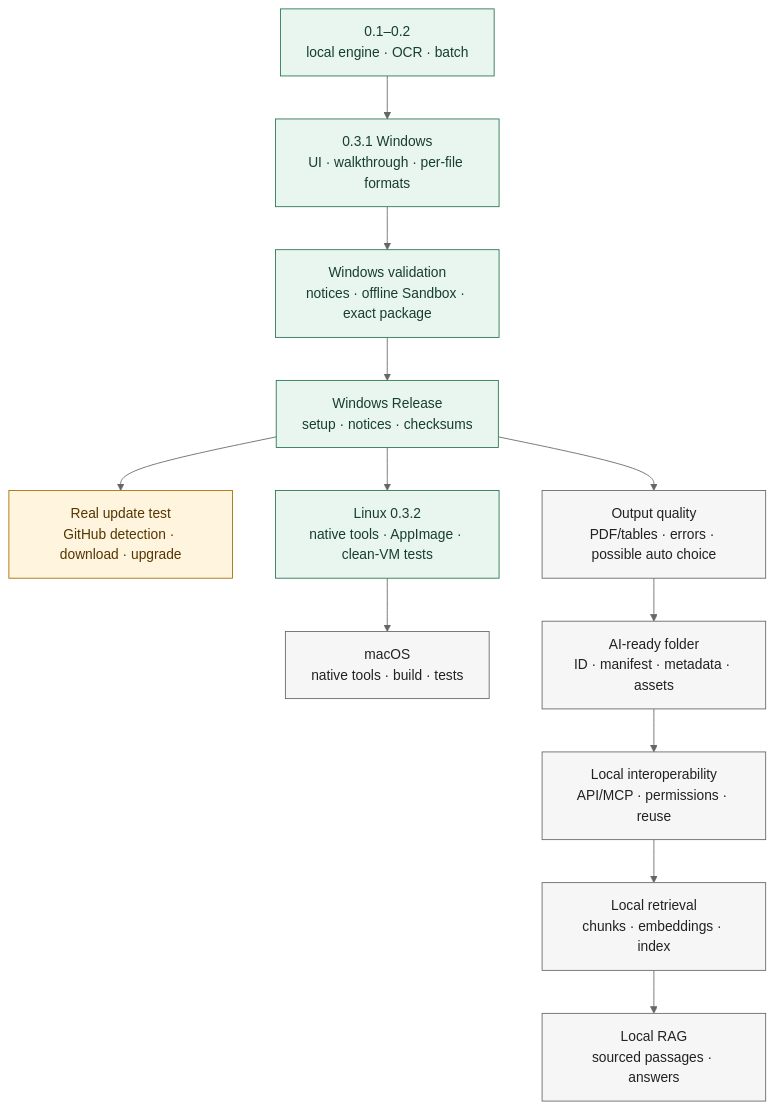
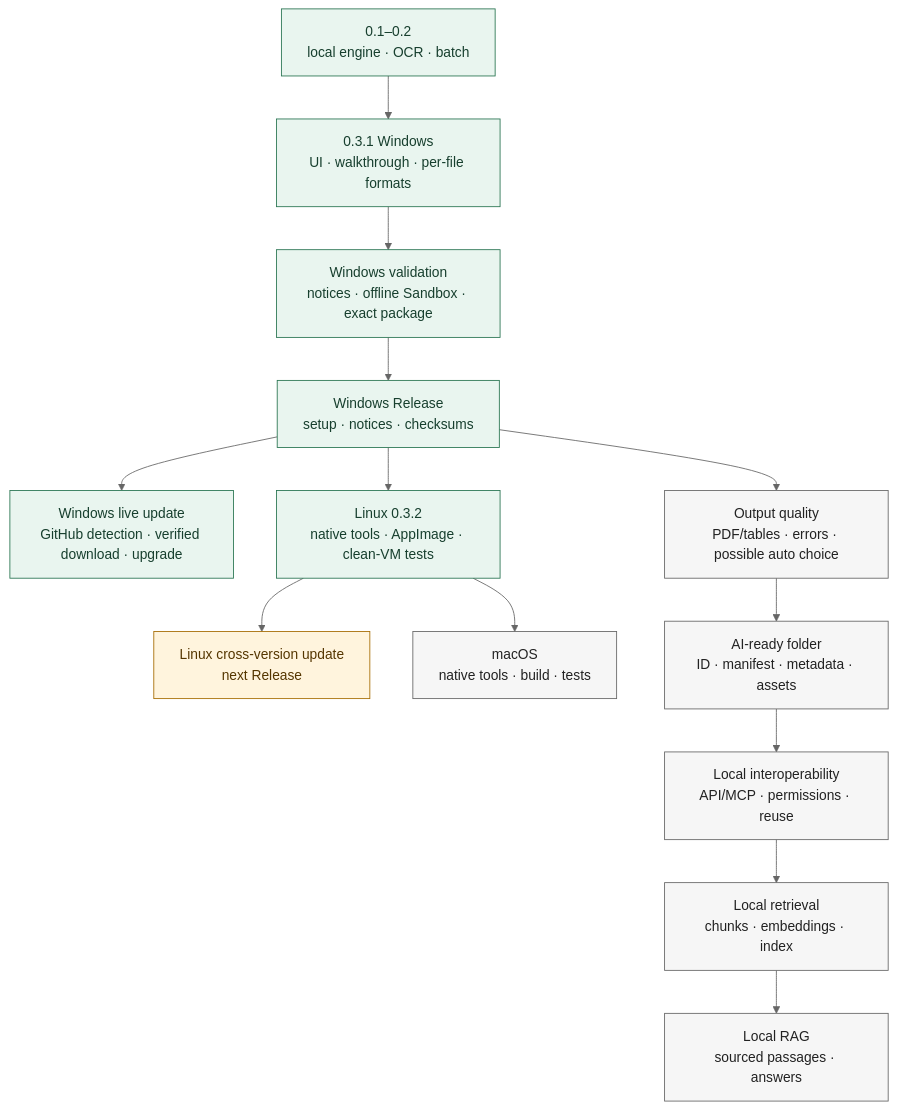
Before and after one commit to ergocogn/local-ai-ready-converter-releases: the diagram in docs/ROADMAP.en.md, drawn with Mermaid (neutral theme). The commit also changed other lines of this file and 1 other file, not shown here.

Commit message:
Clarify completed update validation

````diff
--- a/docs/ROADMAP.en.md
+++ b/docs/ROADMAP.en.md
@@ -7,20 +7,21 @@
 ```mermaid
 flowchart TB
   A["0.1–0.2<br/>local engine · OCR · batch"] --> B["0.3.1 Windows<br/>UI · walkthrough · per-file formats"]
   B --> C["Windows validation<br/>notices · offline Sandbox · exact package"]
   C --> D["Windows Release<br/>setup · notices · checksums"]
-  D --> U["Real update test<br/>GitHub detection · download · upgrade"]
+  D --> U["Windows live update<br/>GitHub detection · verified download · upgrade"]
 
-  D --> L["Linux 0.3.2<br/>native tools · AppImage · clean-VM tests"] --> M["macOS<br/>native tools · build · tests"]
+  D --> L["Linux 0.3.2<br/>native tools · AppImage · clean-VM tests"] --> UL["Linux cross-version update<br/>next Release"]
+  L --> M["macOS<br/>native tools · build · tests"]
   D --> Q["Output quality<br/>PDF/tables · errors · possible auto choice"]
   Q --> F["AI-ready folder<br/>ID · manifest · metadata · assets"]
   F --> P["Local interoperability<br/>API/MCP · permissions · reuse"]
   P --> K["Local retrieval<br/>chunks · embeddings · index"] --> R["Local RAG<br/>sourced passages · answers"]
 
   classDef done fill:#e9f5ef,stroke:#287451,color:#173f2e
   classDef active fill:#fff4dd,stroke:#a56b00,color:#553600
   classDef future fill:#f6f6f6,stroke:#666,color:#222
-  class A,B,C,D,L done
-  class U active
+  class A,B,C,D,U,L done
+  class UL active
   class M,Q,F,P,K,R future
 ```
````
